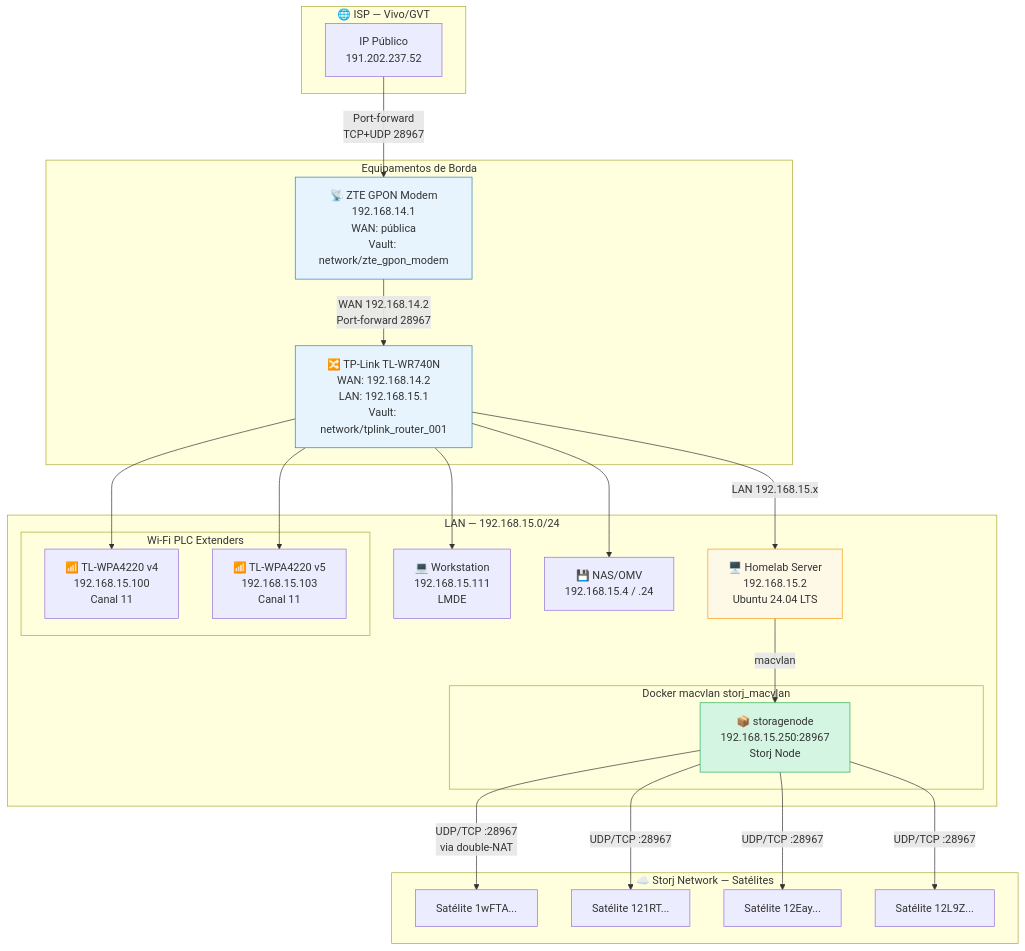
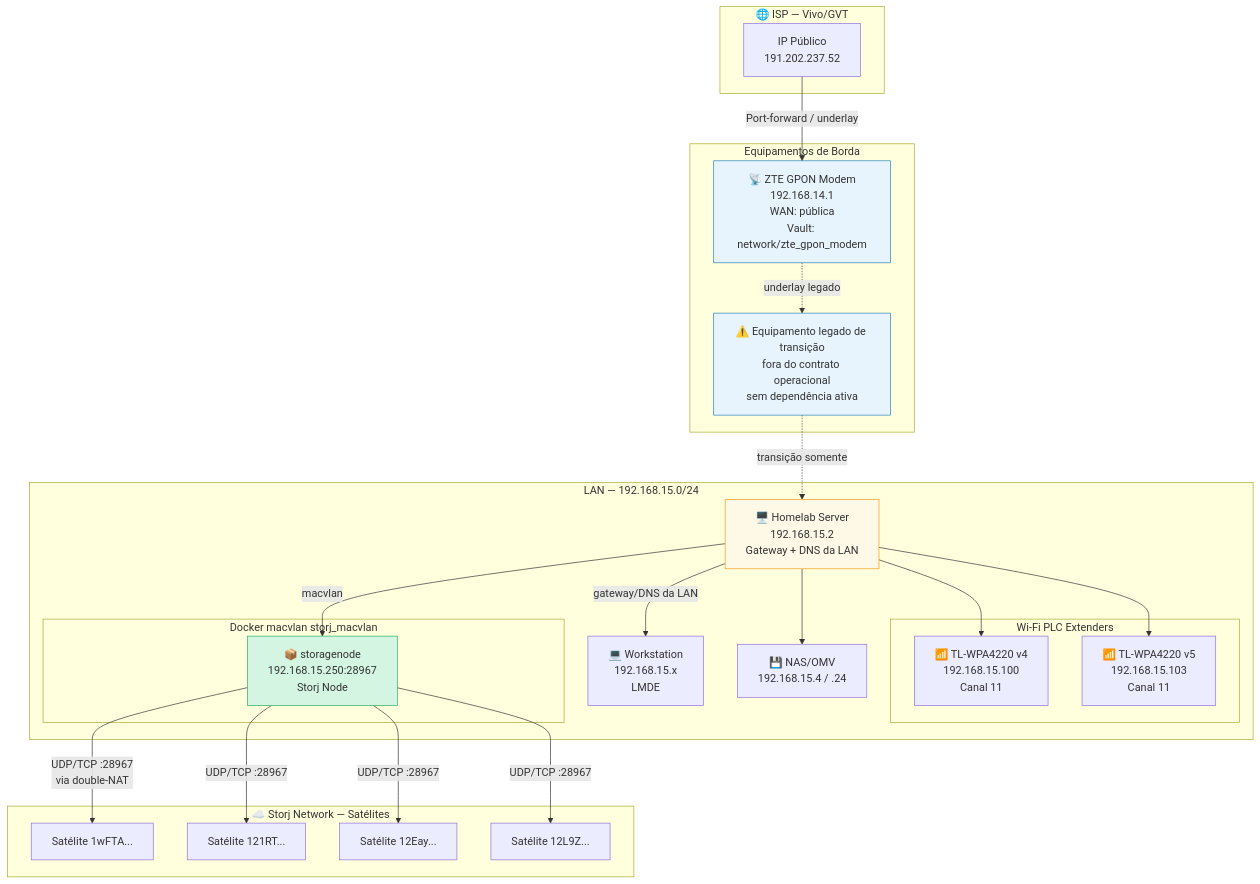
Diagram 11 of 13 in docs/HOMELAB_INFRASTRUCTURE_DIAGRAMS.md (eddiejdi/eddie-auto-dev), drawn with Mermaid before and after one commit. The commit also changed other lines of this file and 20 other files, not shown here.

Commit message:
stabilize lan gateway and ethernet failover

````diff
--- a/docs/HOMELAB_INFRASTRUCTURE_DIAGRAMS.md
+++ b/docs/HOMELAB_INFRASTRUCTURE_DIAGRAMS.md
@@ -468,53 +468,53 @@
 ```mermaid
 graph TD
     subgraph ISP["🌐 ISP — Vivo/GVT"]
         PUB["IP Público<br/>191.202.237.52"]
     end
 
     subgraph CPE["Equipamentos de Borda"]
         ZTE["📡 ZTE GPON Modem<br/>192.168.14.1<br/>WAN: pública<br/>Vault: network/zte_gpon_modem"]
-        TPL["🔀 TP-Link TL-WR740N<br/>WAN: 192.168.14.2<br/>LAN: 192.168.15.1<br/>Vault: network/tplink_router_001"]
+        TPL["⚠️ Equipamento legado de transição<br/>fora do contrato operacional<br/>sem dependência ativa"]
     end
 
     subgraph LAN["LAN — 192.168.15.0/24"]
-        HL["🖥️ Homelab Server<br/>192.168.15.2<br/>Ubuntu 24.04 LTS"]
-        WS["💻 Workstation<br/>192.168.15.111<br/>LMDE"]
+        HL["🖥️ Homelab Server<br/>192.168.15.2<br/>Gateway + DNS da LAN"]
+        WS["💻 Workstation<br/>192.168.15.x<br/>LMDE"]
         NAS["💾 NAS/OMV<br/>192.168.15.4 / .24"]
 
         subgraph PLCS["Wi-Fi PLC Extenders"]
             PLC100["📶 TL-WPA4220 v4<br/>192.168.15.100<br/>Canal 11"]
             PLC103["📶 TL-WPA4220 v5<br/>192.168.15.103<br/>Canal 11"]
         end
 
         subgraph MACVLAN["Docker macvlan storj_macvlan"]
             STORJ["📦 storagenode<br/>192.168.15.250:28967<br/>Storj Node"]
         end
     end
 
     subgraph STORJNET["☁️ Storj Network — Satélites"]
         SAT1["Satélite 1wFTA..."]
         SAT2["Satélite 121RT..."]
         SAT3["Satélite 12Eay..."]
         SAT4["Satélite 12L9Z..."]
     end
 
-    PUB -->|"Port-forward<br/>TCP+UDP 28967"| ZTE
-    ZTE -->|"WAN 192.168.14.2<br/>Port-forward 28967"| TPL
-    TPL -->|"LAN 192.168.15.x"| HL
-    TPL --> WS
-    TPL --> NAS
-    TPL --> PLC100
-    TPL --> PLC103
+    PUB -->|"Port-forward / underlay"| ZTE
+    ZTE -. "underlay legado" .-> TPL
+    TPL -. "transição somente" .-> HL
+    HL -->|"gateway/DNS da LAN"| WS
+    HL --> NAS
+    HL --> PLC100
+    HL --> PLC103
 
     HL -->|"macvlan"| STORJ
 
     STORJ -->|"UDP/TCP :28967<br/>via double-NAT"| SAT1
     STORJ -->|"UDP/TCP :28967"| SAT2
     STORJ -->|"UDP/TCP :28967"| SAT3
     STORJ -->|"UDP/TCP :28967"| SAT4
 
     style ZTE fill:#e8f4fd,stroke:#2980b9
     style TPL fill:#e8f4fd,stroke:#2980b9
     style STORJ fill:#d5f5e3,stroke:#27ae60
     style HL fill:#fef9e7,stroke:#f39c12
 ```
````
